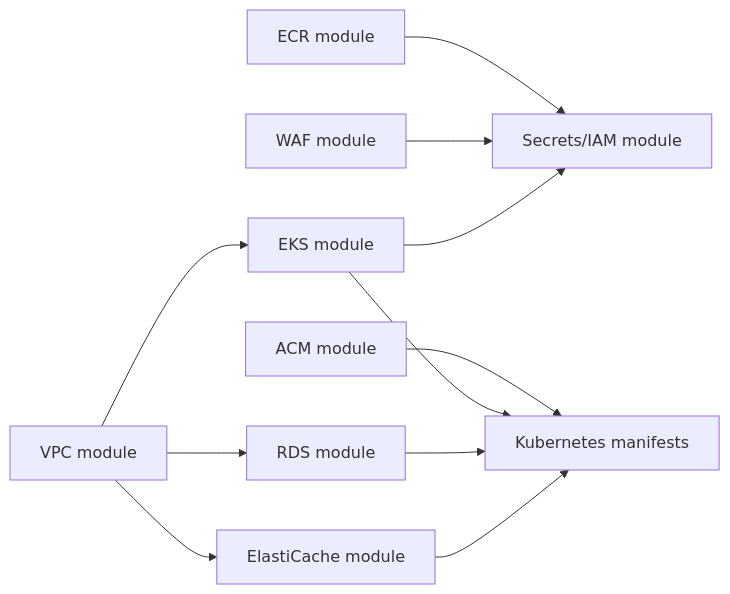
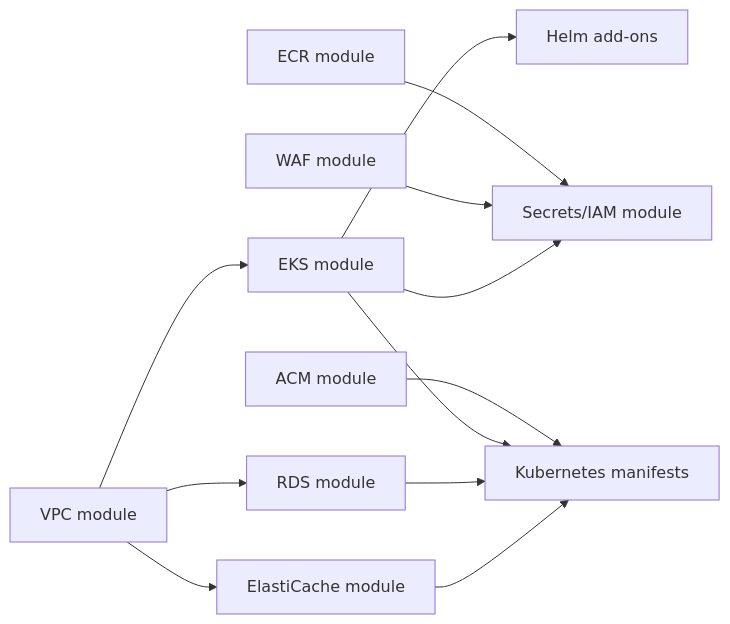
One commit to Investments-Assistant/investments-assistant-k8s changed the diagram in terraform/README.md. Above: the diagram before and after it, drawn with Mermaid. The commit also changed other lines of this file and 14 other files, not shown here.

First line of the commit message:
feat: Integrate Helm charts for AWS EFS CSI driver, Load Balancer Controller, and External Secrets

````diff
--- a/terraform/README.md
+++ b/terraform/README.md
@@ -9,13 +9,14 @@
 ```mermaid
 flowchart LR
     VPC[VPC module] --> EKS[EKS module]
+    EKS --> Helm[Helm add-ons]
     VPC --> RDS[RDS module]
     VPC --> Redis[ElastiCache module]
     ACM[ACM module] --> K8s[Kubernetes manifests]
     ECR[ECR module] --> Secrets[Secrets/IAM module]
     WAF[WAF module] --> Secrets
     EKS --> Secrets
     EKS --> K8s
     RDS --> K8s
     Redis --> K8s
 ```
````
